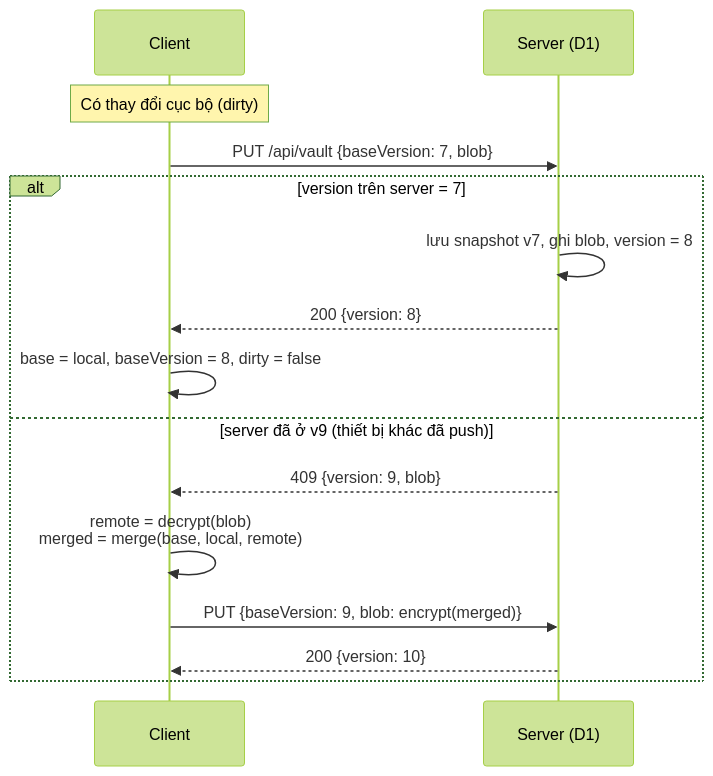
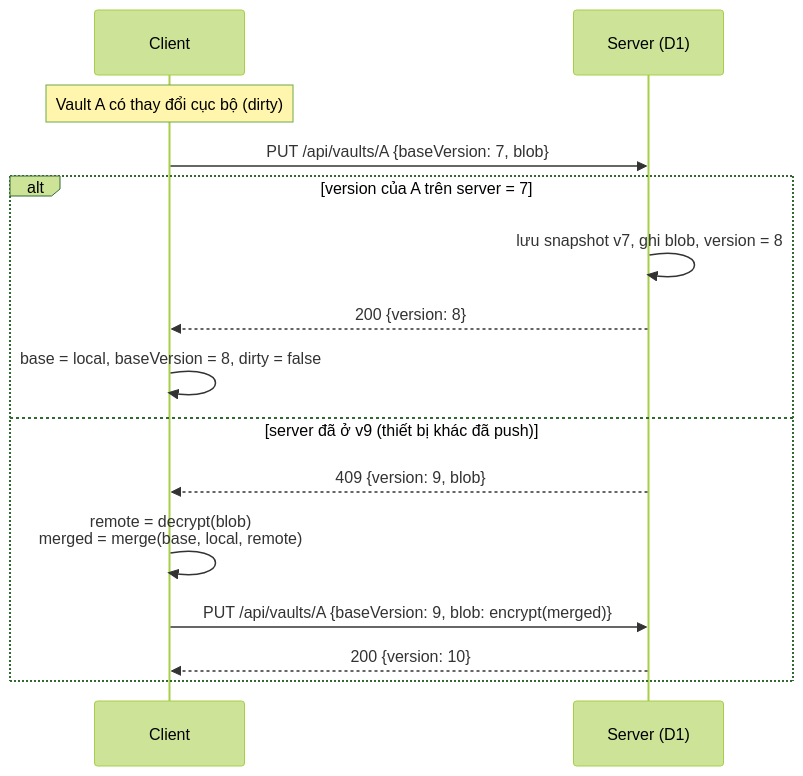
The diagram in docs/05-sync.md (delete101020/keymesh), drawn with Mermaid (forest theme) before and after one commit. The commit also changed other lines of this file and 8 other files, not shown here.

````diff
--- a/docs/05-sync.md
+++ b/docs/05-sync.md
@@ -19,17 +24,17 @@
 ```mermaid
 sequenceDiagram
   participant C as Client
   participant S as Server (D1)
-  Note over C: Có thay đổi cục bộ (dirty)
-  C->>S: PUT /api/vault {baseVersion: 7, blob}
-  alt version trên server = 7
+  Note over C: Vault A có thay đổi cục bộ (dirty)
+  C->>S: PUT /api/vaults/A {baseVersion: 7, blob}
+  alt version của A trên server = 7
     S->>S: lưu snapshot v7, ghi blob, version = 8
     S-->>C: 200 {version: 8}
     C->>C: base = local, baseVersion = 8, dirty = false
   else server đã ở v9 (thiết bị khác đã push)
     S-->>C: 409 {version: 9, blob}
     C->>C: remote = decrypt(blob)<br/>merged = merge(base, local, remote)
-    C->>S: PUT {baseVersion: 9, blob: encrypt(merged)}
+    C->>S: PUT /api/vaults/A {baseVersion: 9, blob: encrypt(merged)}
     S-->>C: 200 {version: 10}
   end
 ```
````
